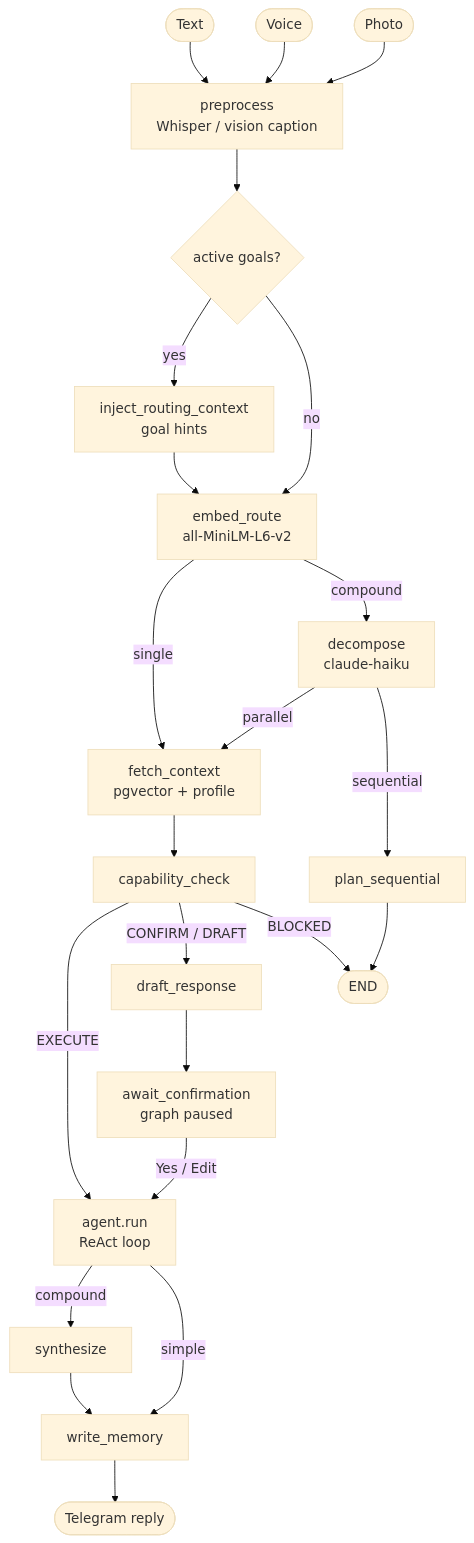
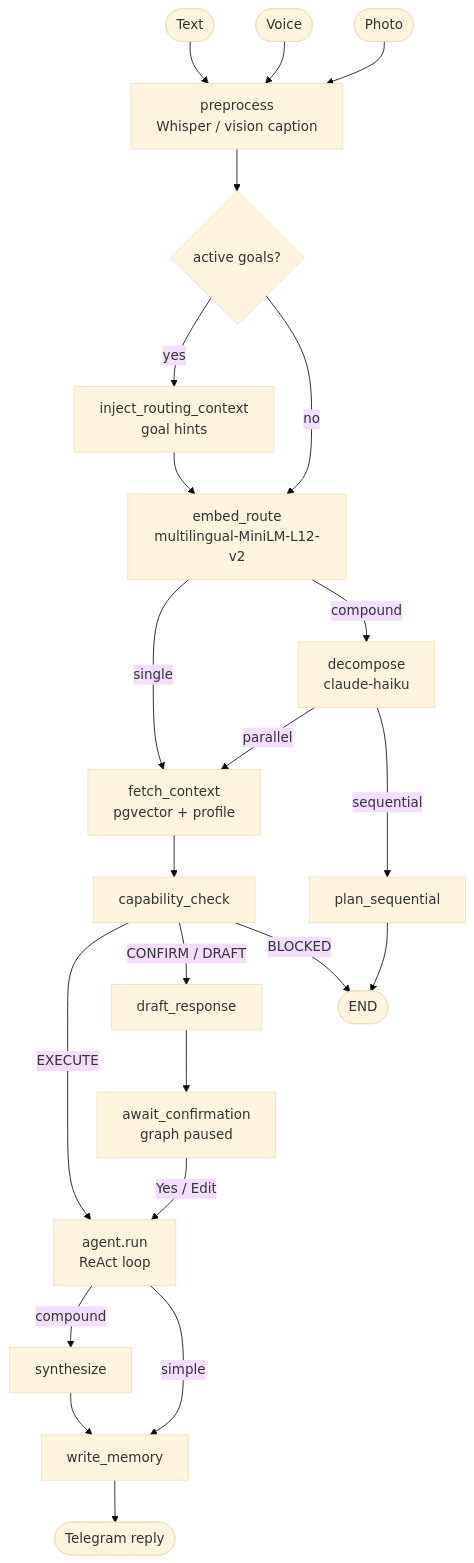
Before and after one commit to joaoajmatos/ze: the diagram in README.md, drawn with Mermaid (base theme). The commit also changed other lines of this file and 12 other files, not shown here.

First line of the commit message:
Update Embedding Model References to Paraphrase-Multilingual-MiniLM-L12-v2

````diff
--- a/README.md
+++ b/README.md
@@ -40,25 +40,25 @@
 ```mermaid
 flowchart TD
     T([Text]) --> PRE
     V([Voice]) --> PRE[preprocess<br/>Whisper / vision caption]
     P([Photo]) --> PRE
     PRE --> IRC{active goals?}
     IRC -->|yes| INJ[inject_routing_context<br/>goal hints]
     IRC -->|no| ER
     INJ --> ER
 
-    ER[embed_route<br/>all-MiniLM-L6-v2]
+    ER[embed_route<br/>multilingual-MiniLM-L12-v2]
     ER -->|single| FC[fetch_context<br/>pgvector + profile]
     ER -->|compound| DEC[decompose<br/>claude-haiku]
     DEC -->|parallel| FC
     DEC -->|sequential| PS[plan_sequential] --> ENDX([END])
 
     FC --> CG[capability_check]
     CG -->|EXECUTE| EX[agent.run<br/>ReAct loop]
     CG -->|CONFIRM / DRAFT| DR[draft_response] --> AC[await_confirmation<br/>graph paused]
     CG -->|BLOCKED| ENDX
     AC -->|Yes / Edit| EX
     EX -->|compound| SY[synthesize] --> WM
     EX -->|simple| WM[write_memory]
     WM --> R([Telegram reply])
 ```
````
